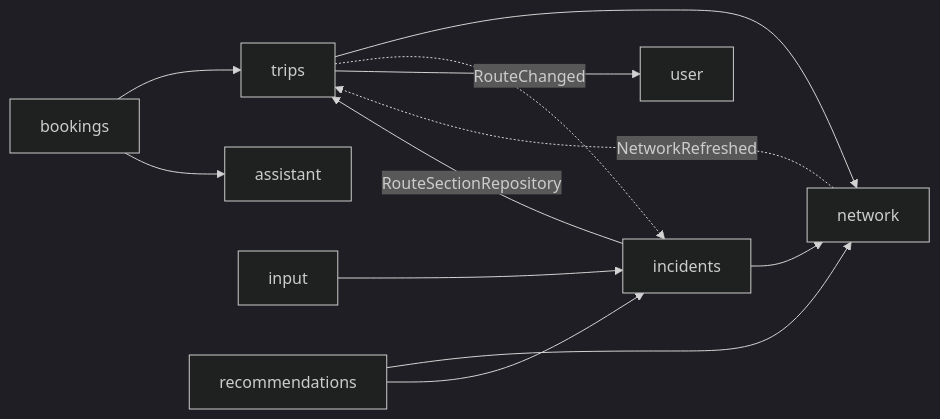
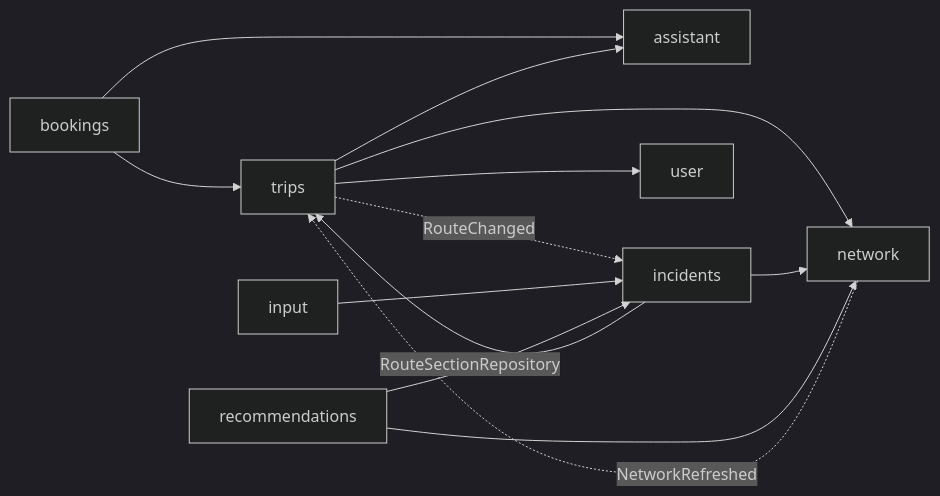
One commit to kehrbros/nofrustrationvacation changed the second of 2 diagrams in Docs/architecture.md. Above: the diagram before and after it, drawn with Mermaid (dark theme). The commit also changed other lines of this file and 12 other files, not shown here.

````diff
--- a/Docs/architecture.md
+++ b/Docs/architecture.md
@@ -60,14 +60,15 @@
 ```mermaid
 flowchart LR
     trips --> network
     bookings --> trips
     bookings --> assistant
+    trips --> assistant
     incidents --> network
     incidents -->|RouteSectionRepository| trips
     trips -.->|RouteChanged| incidents
     input --> incidents
     trips --> user
     recommendations --> network
     recommendations --> incidents
     network -.->|NetworkRefreshed| trips
 ```
````
